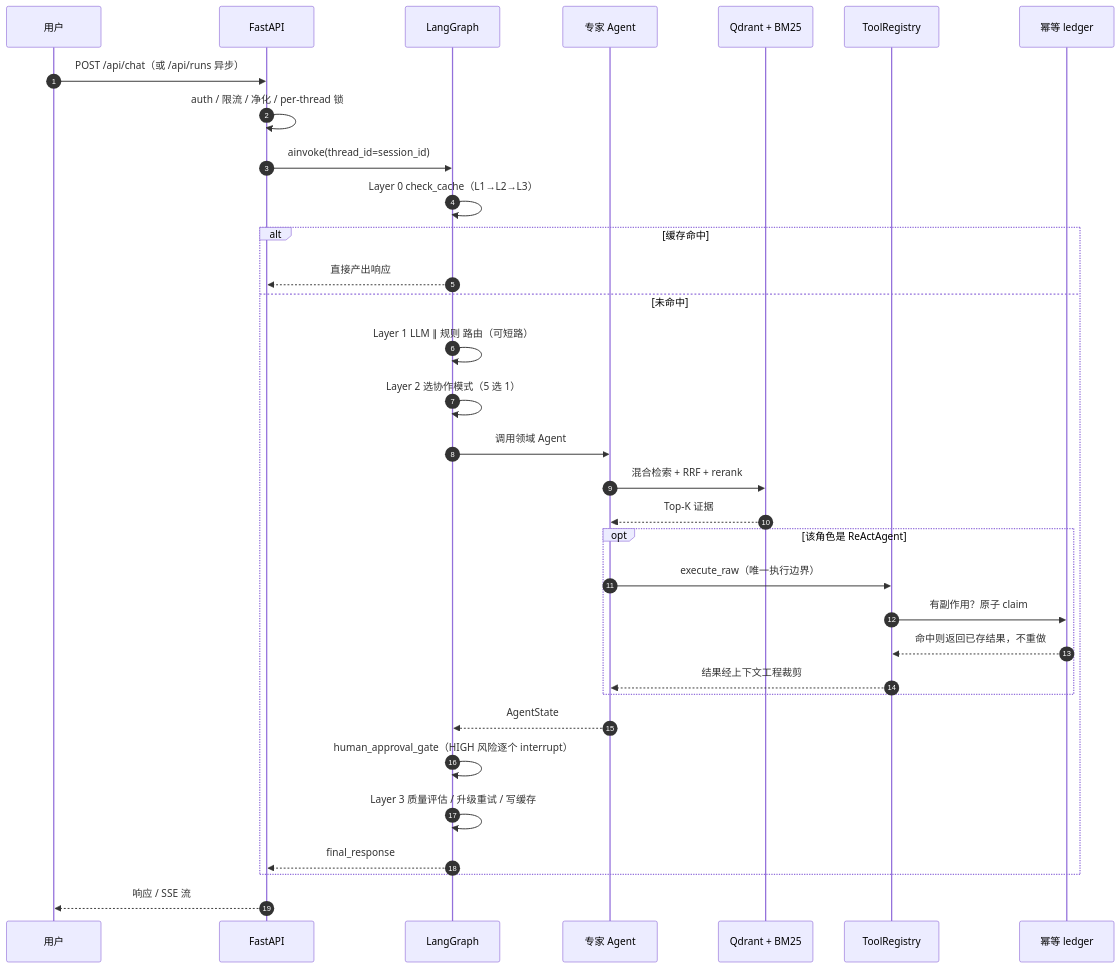
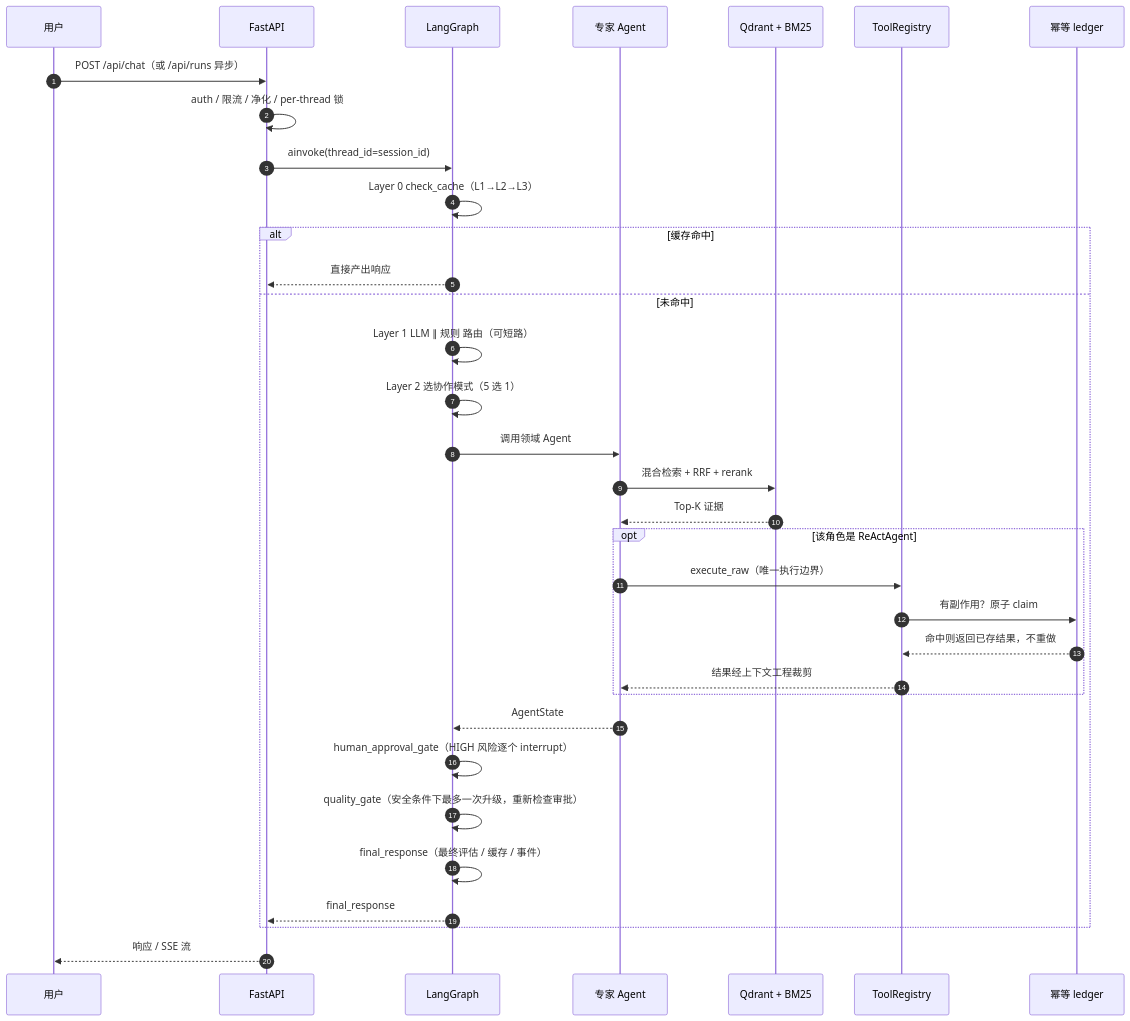
Before and after one commit to Xander-Xai/Customer-Service-AI-Agent: the second of 2 diagrams in README.md, drawn with Mermaid. The commit also changed other lines of this file and 4 other files, not shown here.

Commit message:
refactor(architecture): remove unconditional router prefetch and align graph contracts

````diff
--- a/README.md
+++ b/README.md
@@ -305,36 +305,37 @@
 ```mermaid
 sequenceDiagram
     autonumber
     participant U as 用户
     participant API as FastAPI
     participant G as LangGraph
     participant A as 专家 Agent
     participant R as Qdrant + BM25
     participant T as ToolRegistry
     participant L as 幂等 ledger
 
     U->>API: POST /api/chat（或 /api/runs 异步）
     API->>API: auth / 限流 / 净化 / per-thread 锁
     API->>G: ainvoke(thread_id=session_id)
     G->>G: Layer 0 check_cache（L1→L2→L3）
     alt 缓存命中
         G-->>API: 直接产出响应
     else 未命中
         G->>G: Layer 1 LLM ∥ 规则 路由（可短路）
         G->>G: Layer 2 选协作模式（5 选 1）
         G->>A: 调用领域 Agent
         A->>R: 混合检索 + RRF + rerank
         R-->>A: Top-K 证据
         opt 该角色是 ReActAgent
             A->>T: execute_raw（唯一执行边界）
             T->>L: 有副作用？原子 claim
             L-->>T: 命中则返回已存结果，不重做
             T-->>A: 结果经上下文工程裁剪
         end
         A-->>G: AgentState
         G->>G: human_approval_gate（HIGH 风险逐个 interrupt）
-        G->>G: Layer 3 质量评估 / 升级重试 / 写缓存
+        G->>G: quality_gate（安全条件下最多一次升级，重新检查审批）
+        G->>G: final_response（最终评估 / 缓存 / 事件）
         G-->>API: final_response
     end
     API-->>U: 响应 / SSE 流
 ```
````
